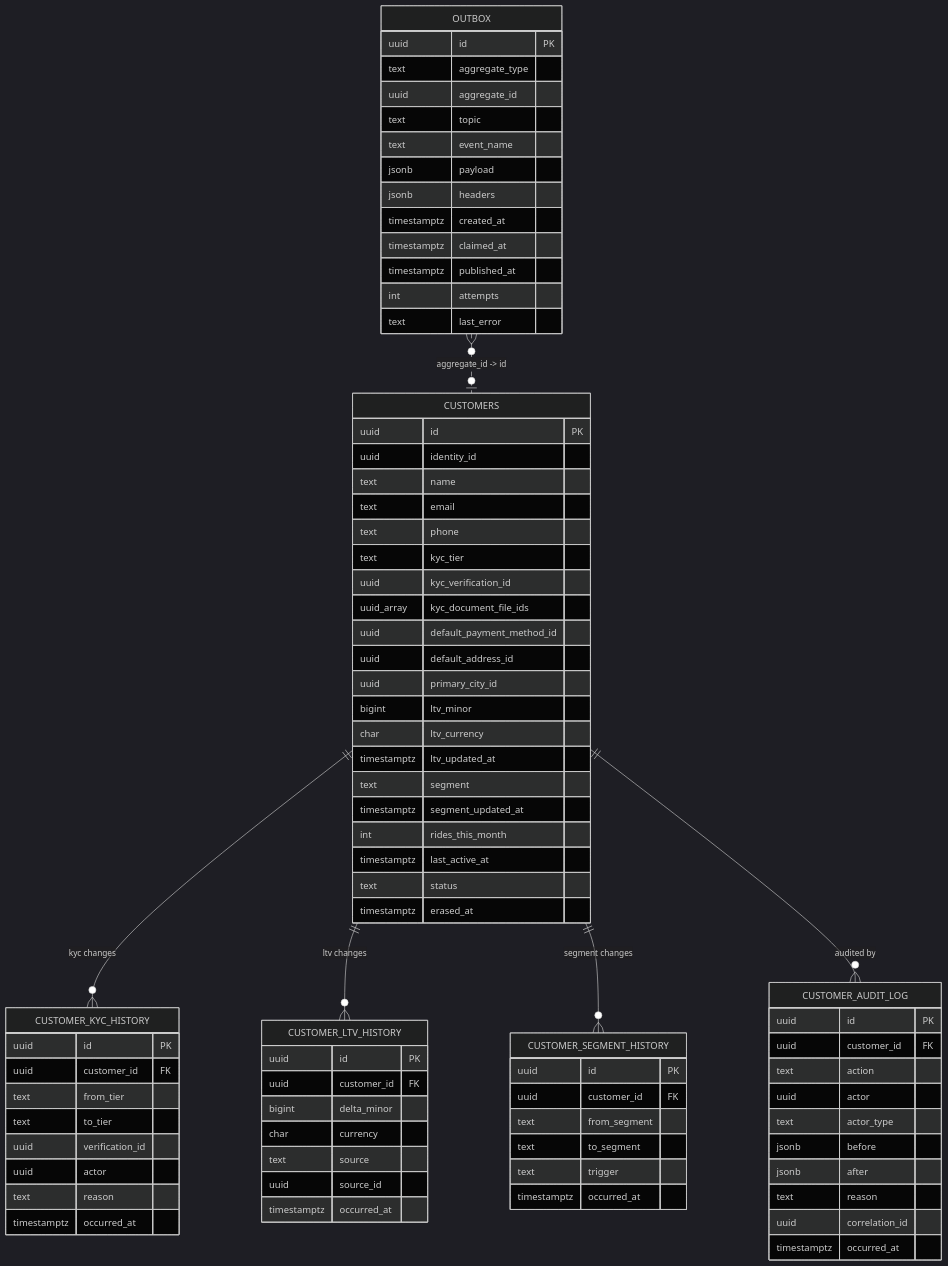
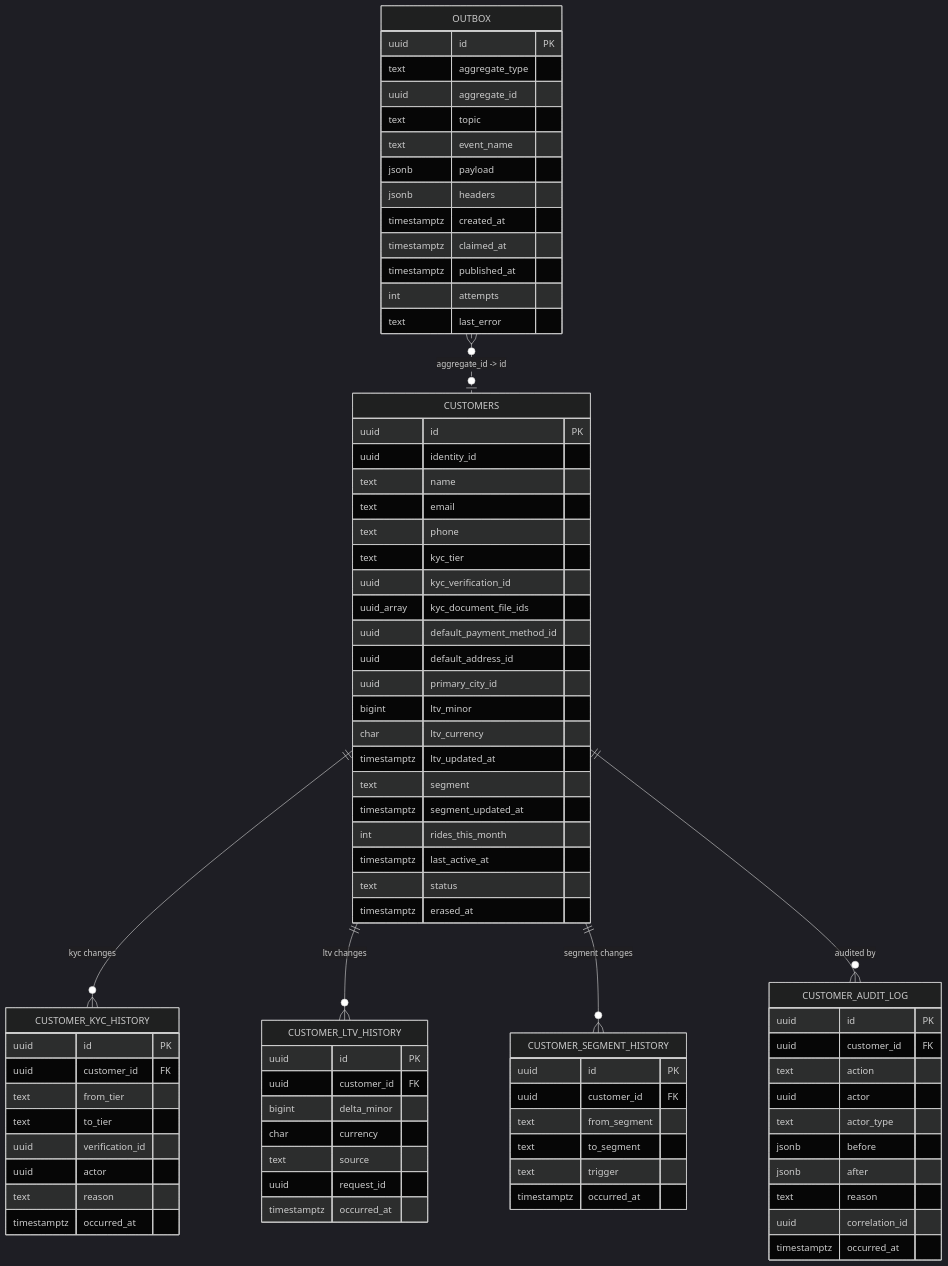
The diagram in docs/services/customer-service/ERD.md (mohamedhabibwork/trips-enjoy-docs), drawn with Mermaid (dark theme) before and after one commit. The commit also changed other lines of this file and 201 other files, not shown here.

```diff
--- a/docs/services/customer-service/ERD.md
+++ b/docs/services/customer-service/ERD.md
@@ -217,7 +217,7 @@
         bigint delta_minor
         char currency
         text source
-        uuid source_id
+        uuid request_id
         timestamptz occurred_at
     }
 
```
